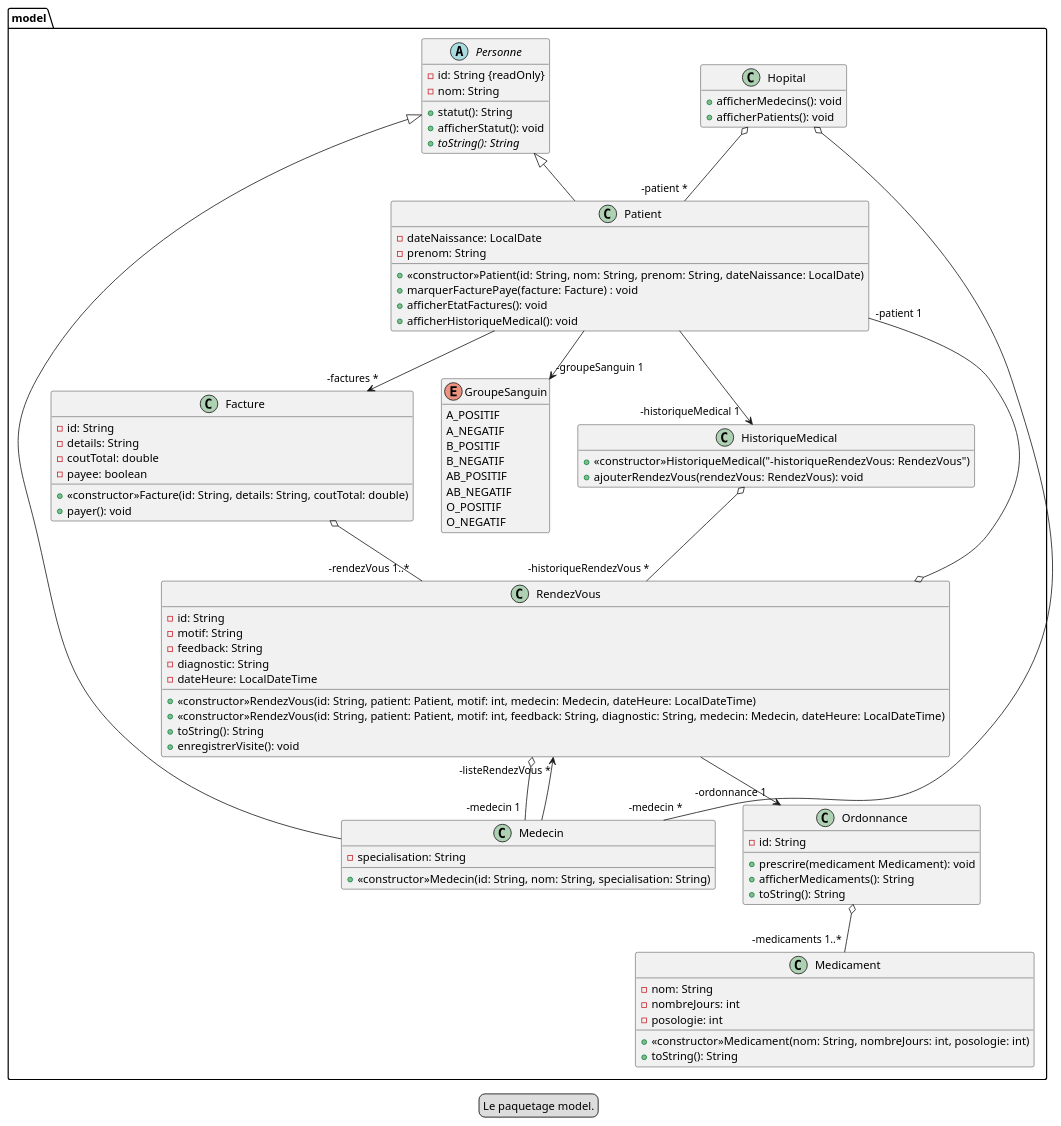
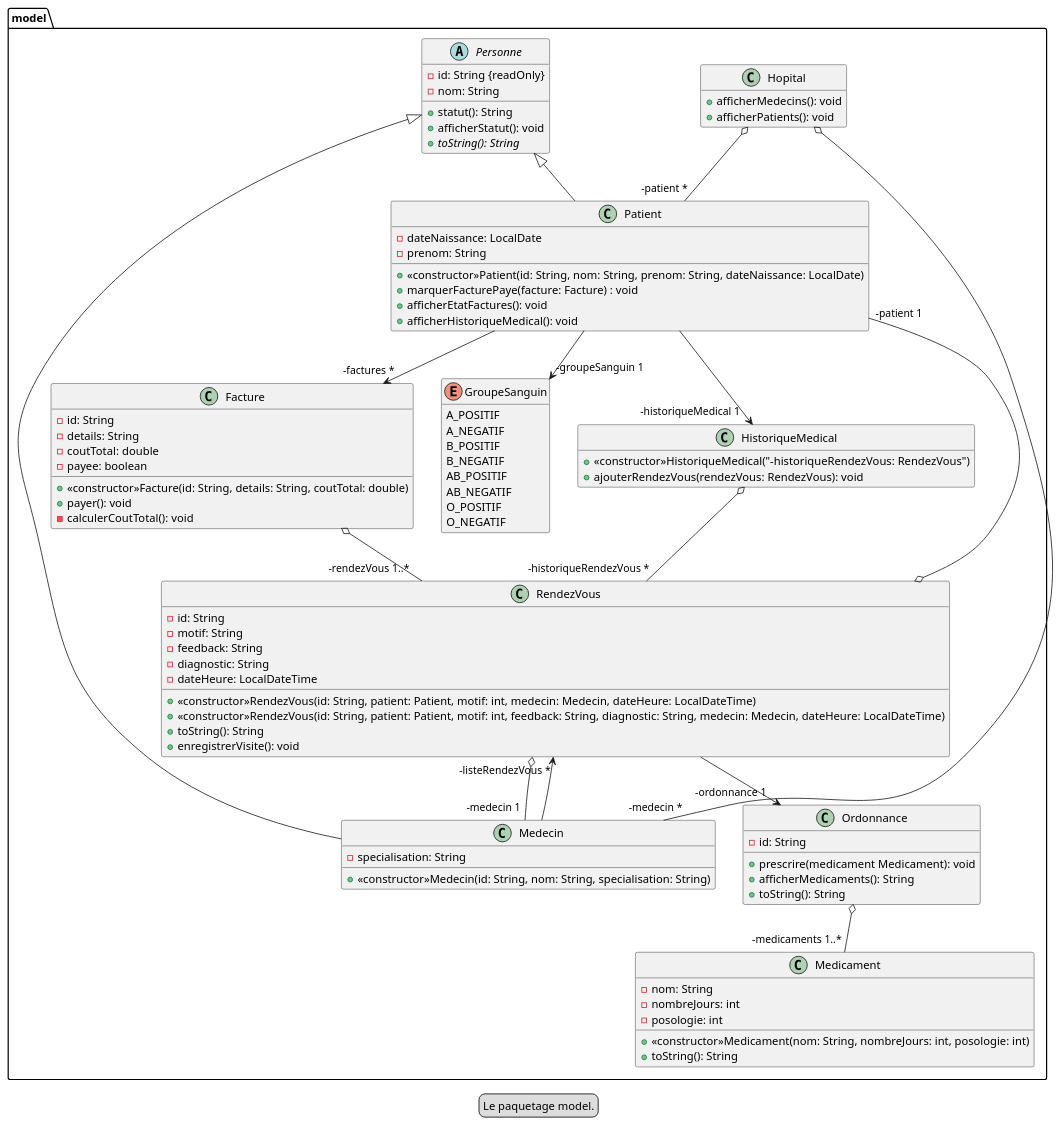
Before and after one commit to carlkolodziejski/hopital: the diagram in plantuml/diagrammeModele.puml, drawn with PlantUML.

Commit message:
Ajout de la méthode calculerCoutTotal dans Facture

```diff
--- a/plantuml/diagrammeModele.puml
+++ b/plantuml/diagrammeModele.puml
@@ -1,116 +1,117 @@
 @startuml
 
 legend Le paquetage model.
 
 hide empty members
 
 package model {
 
     abstract class Personne {
         -id: String {readOnly}
         -nom: String
 
         +statut(): String
         +afficherStatut(): void
         +{abstract}toString(): String
     }
 
     class Patient extends Personne {
         -dateNaissance: LocalDate
         -prenom: String
 
         +<<constructor>>Patient(id: String, nom: String, prenom: String, dateNaissance: LocalDate)
         +marquerFacturePaye(facture: Facture) : void
         +afficherEtatFactures(): void
         +afficherHistoriqueMedical(): void
     }
 
 
     class Medecin extends Personne {
         -specialisation: String
 
         +<<constructor>>Medecin(id: String, nom: String, specialisation: String)
     }
 
     class RendezVous {
         -id: String
         -motif: String
         -feedback: String
         -diagnostic: String
         -dateHeure: LocalDateTime
 
         +<<constructor>>RendezVous(id: String, patient: Patient, motif: int, medecin: Medecin, dateHeure: LocalDateTime)
         +<<constructor>>RendezVous(id: String, patient: Patient, motif: int, feedback: String, diagnostic: String, medecin: Medecin, dateHeure: LocalDateTime)
         +toString(): String
         +enregistrerVisite(): void
     }
 
     class Ordonnance {
         -id: String
 
         +prescrire(medicament Medicament): void
         +afficherMedicaments(): String
         +toString(): String
     }
 
     class Medicament {
         -nom: String
         -nombreJours: int
         -posologie: int
 
         +<<constructor>>Medicament(nom: String, nombreJours: int, posologie: int)
         +toString(): String
     }
 
     class Facture {
         -id: String
         -details: String
         -coutTotal: double
         -payee: boolean
 
         +<<constructor>>Facture(id: String, details: String, coutTotal: double)
         +payer(): void
+        -calculerCoutTotal(): void
     }
 
     class Hopital {
         +afficherMedecins(): void
         +afficherPatients(): void
     }
 
     class HistoriqueMedical {
         +<<constructor>>HistoriqueMedical("-historiqueRendezVous: RendezVous")
         +ajouterRendezVous(rendezVous: RendezVous): void
     }
 
     enum GroupeSanguin {
         A_POSITIF
         A_NEGATIF
         B_POSITIF
         B_NEGATIF
         AB_POSITIF
         AB_NEGATIF
         O_POSITIF
         O_NEGATIF
     }
 
     Patient --> "-factures *" Facture
     Patient --> "-groupeSanguin 1" GroupeSanguin
     Patient --> "-historiqueMedical 1" HistoriqueMedical
 
     Medecin --> "-listeRendezVous *" RendezVous
 
     RendezVous o-- "-medecin 1" Medecin
     RendezVous o-- "-patient 1" Patient
     RendezVous --> "-ordonnance 1" Ordonnance
 
     Ordonnance o-- "-medicaments 1..*" Medicament
 
     Hopital o-- "-medecin *" Medecin
     Hopital o-- "-patient *" Patient
 
     HistoriqueMedical o-- "-historiqueRendezVous *" RendezVous
 
     Facture o-- "-rendezVous 1..*" RendezVous
 }
 
 @enduml
```
